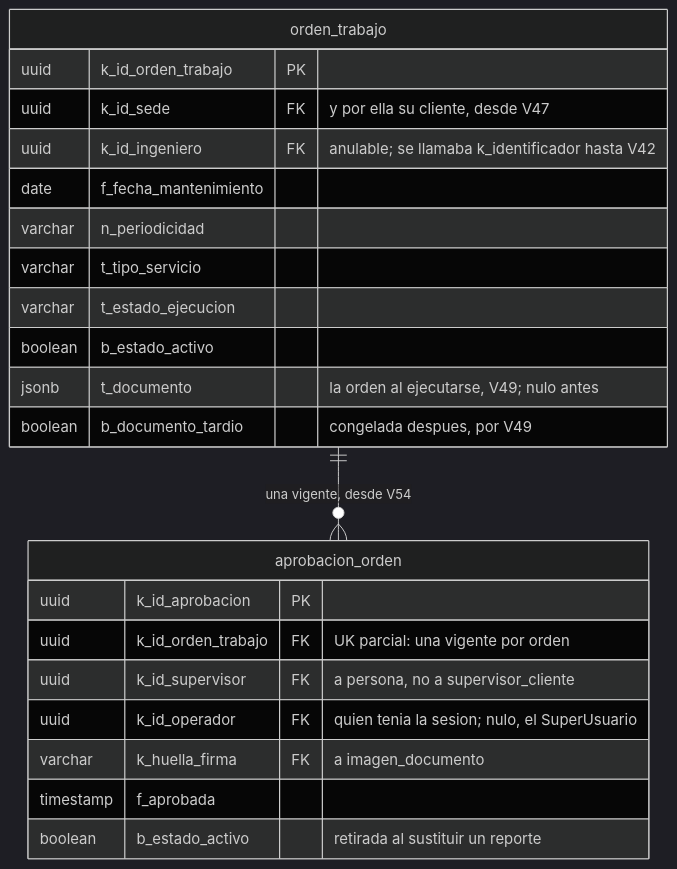
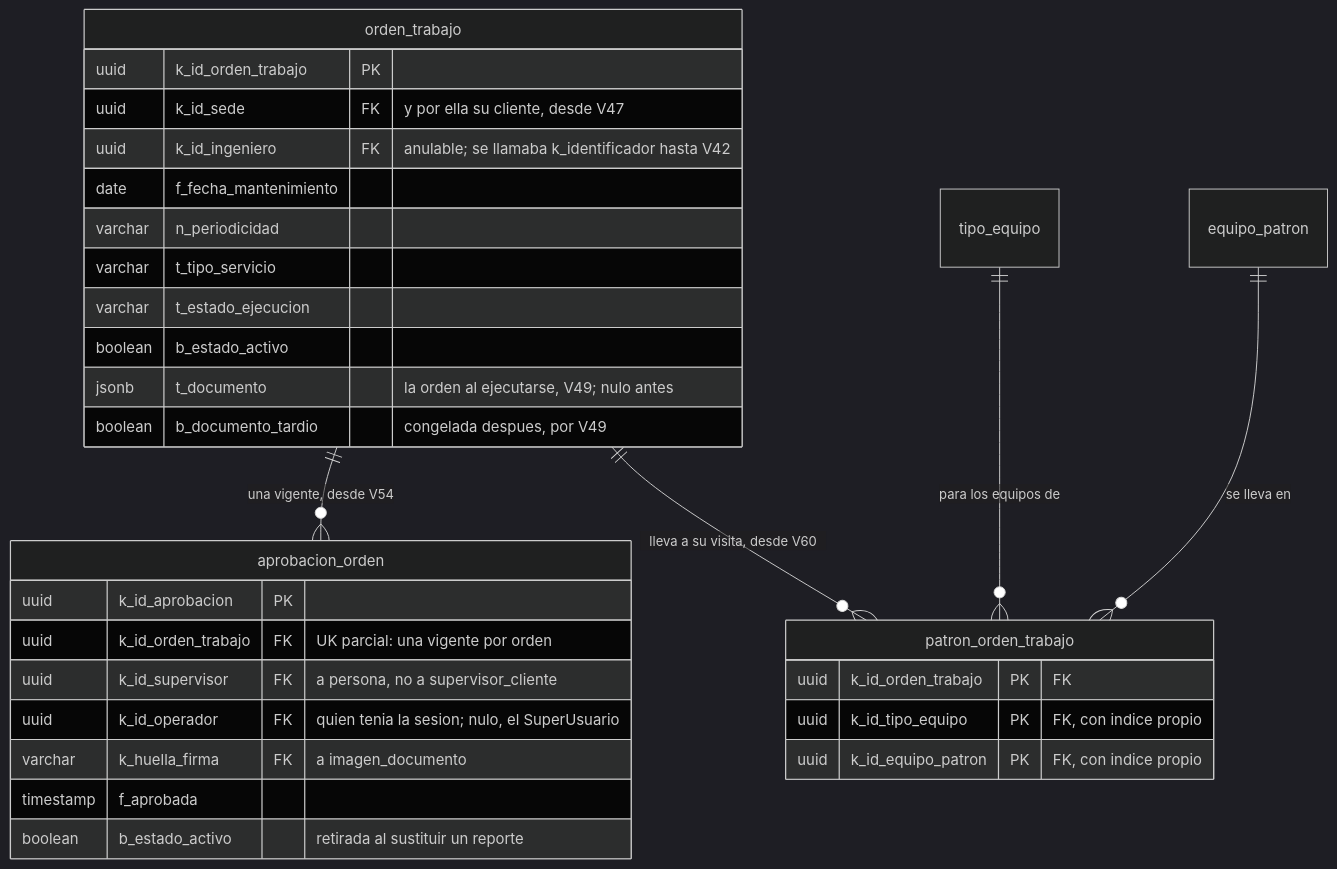
One commit to SeanBol222/MalphasOs changed diagram 11 of 12 in SecondBrain/wiki/base-de-datos/esquema-bd-malphasos.md. Above: the diagram before and after it, drawn with Mermaid (dark theme). The commit also changed other lines of this file and 4 other files, not shown here.

````diff
--- a/SecondBrain/wiki/base-de-datos/esquema-bd-malphasos.md
+++ b/SecondBrain/wiki/base-de-datos/esquema-bd-malphasos.md
@@ -724,25 +739,33 @@
 ```mermaid
 erDiagram
     orden_trabajo ||--o{ aprobacion_orden : "una vigente, desde V54"
+    orden_trabajo ||--o{ patron_orden_trabajo : "lleva a su visita, desde V60"
+    tipo_equipo ||--o{ patron_orden_trabajo : "para los equipos de"
+    equipo_patron ||--o{ patron_orden_trabajo : "se lleva en"
+    patron_orden_trabajo {
+        uuid k_id_orden_trabajo PK "FK"
+        uuid k_id_tipo_equipo PK "FK, con indice propio"
+        uuid k_id_equipo_patron PK "FK, con indice propio"
+    }
     orden_trabajo {
         uuid k_id_orden_trabajo PK
         uuid k_id_sede FK "y por ella su cliente, desde V47"
         uuid k_id_ingeniero FK "anulable; se llamaba k_identificador hasta V42"
         date f_fecha_mantenimiento
         varchar n_periodicidad
         varchar t_tipo_servicio
         varchar t_estado_ejecucion
         boolean b_estado_activo
         jsonb t_documento "la orden al ejecutarse, V49; nulo antes"
         boolean b_documento_tardio "congelada despues, por V49"
     }
     aprobacion_orden {
         uuid k_id_aprobacion PK
         uuid k_id_orden_trabajo FK "UK parcial: una vigente por orden"
         uuid k_id_supervisor FK "a persona, no a supervisor_cliente"
         uuid k_id_operador FK "quien tenia la sesion; nulo, el SuperUsuario"
         varchar k_huella_firma FK "a imagen_documento"
         timestamp f_aprobada
         boolean b_estado_activo "retirada al sustituir un reporte"
     }
 ```
````
